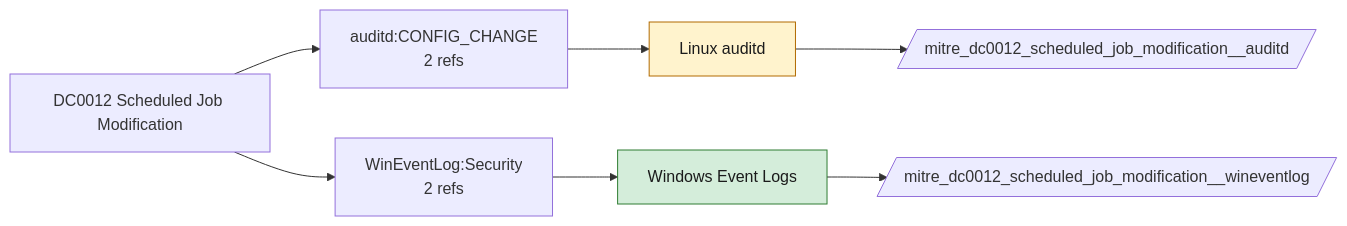
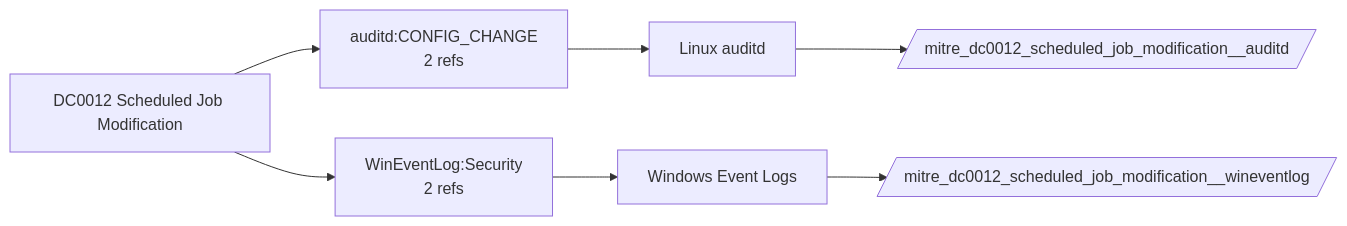
Before and after one commit to dev-nobytes-io/mitre-defensive-mappings-spl: the diagram in docs/data-components/DC0012-scheduled-job-modification.md, drawn with Mermaid. The commit also changed other lines of this file and 366 other files, not shown here.

````diff
--- a/docs/data-components/DC0012-scheduled-job-modification.md
+++ b/docs/data-components/DC0012-scheduled-job-modification.md
@@ -19,16 +19,12 @@
 ```mermaid
 flowchart LR
   DC["DC0012 Scheduled Job Modification"]
   DC --> LS0["auditd:CONFIG_CHANGE<br/>2 refs"]
   F_auditd["Linux auditd"]
   LS0 --> F_auditd
   DC --> LS1["WinEventLog:Security<br/>2 refs"]
   F_wineventlog["Windows Event Logs"]
   LS1 --> F_wineventlog
+  F_auditd --> ET_auditd[/"mitre_dc0012_scheduled_job_modification__auditd"/]
   F_wineventlog --> ET_wineventlog[/"mitre_dc0012_scheduled_job_modification__wineventlog"/]
-  class F_wineventlog live
-  F_auditd --> ET_auditd[/"mitre_dc0012_scheduled_job_modification__auditd"/]
-  class F_auditd ready
-  classDef live fill:#d4edda,stroke:#2e7d32,color:#1b1b1b
-  classDef ready fill:#fff3cd,stroke:#b26a00,color:#1b1b1b
 ```
````
